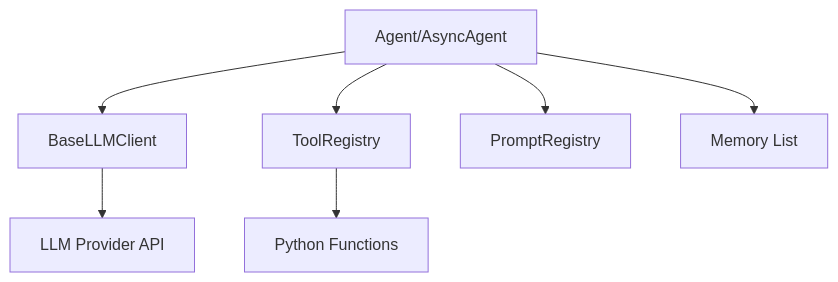
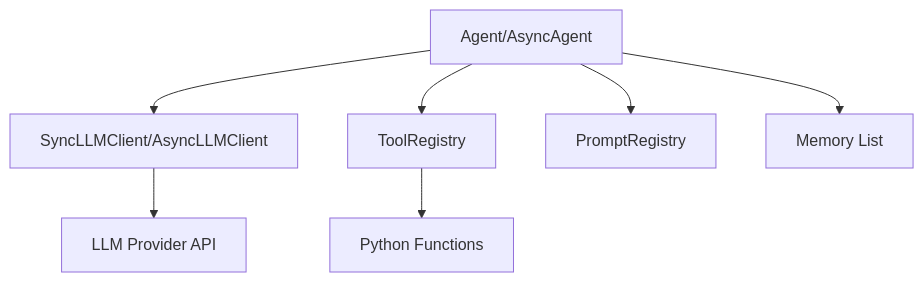
The diagram in docs/index.md (mrgehlot/iris-agent), drawn with Mermaid before and after one commit. The commit also changed other lines of this file and 30 other files, not shown here.

````diff
--- a/docs/index.md
+++ b/docs/index.md
@@ -22,9 +22,9 @@
 ```mermaid
 graph TD
-    A[Agent/AsyncAgent] --> B[BaseLLMClient]
+    A[Agent/AsyncAgent] --> B[SyncLLMClient/AsyncLLMClient]
     A --> C[ToolRegistry]
     A --> D[PromptRegistry]
     A --> E[Memory List]
     B --> F[LLM Provider API]
     C --> G[Python Functions]
 ```
````
